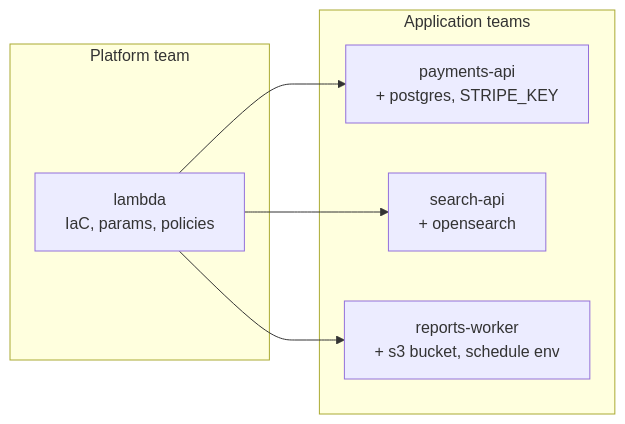
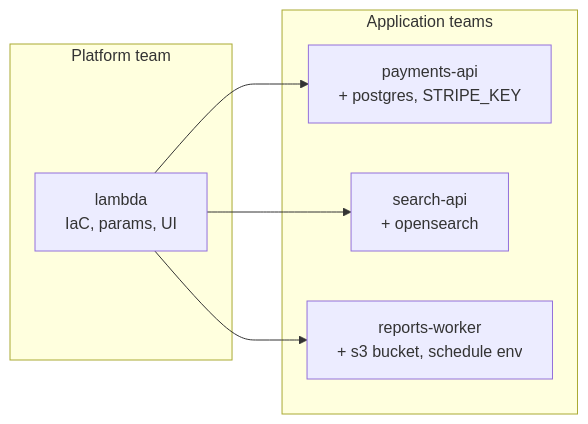
Before and after one commit to massdriver-cloud/docs: the first of 2 diagrams in docs/bundle-development/02-extending-bundles.md, drawn with Mermaid. The commit also changed other lines of this file, not shown here.

Commit message:
Drop app.policies from extending bundles; nest step resource jq under template

````diff
--- a/docs/bundle-development/02-extending-bundles.md
+++ b/docs/bundle-development/02-extending-bundles.md
@@ -20,14 +20,14 @@
 ```mermaid
 flowchart LR
   subgraph platform[Platform team]
-    lambda["lambda<br/>IaC, params, policies"]
+    lambda["lambda<br/>IaC, params, UI"]
   end
   subgraph apps[Application teams]
     payments["payments-api<br/>+ postgres, STRIPE_KEY"]
     search["search-api<br/>+ opensearch"]
     reports["reports-worker<br/>+ s3 bucket, schedule env"]
   end
   lambda --> payments
   lambda --> search
   lambda --> reports
 ```
````
